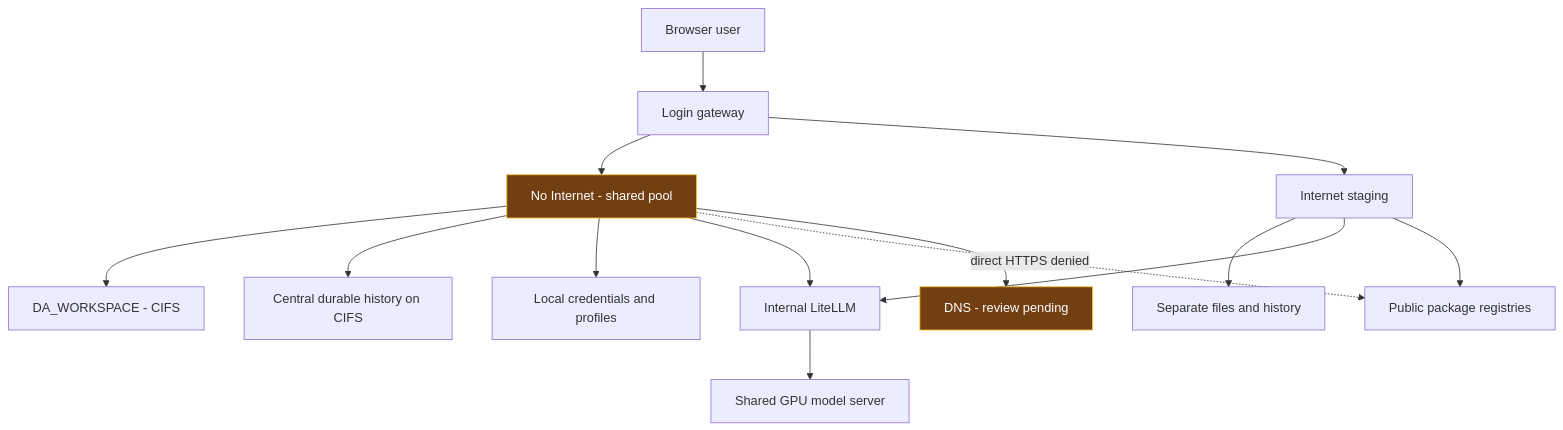
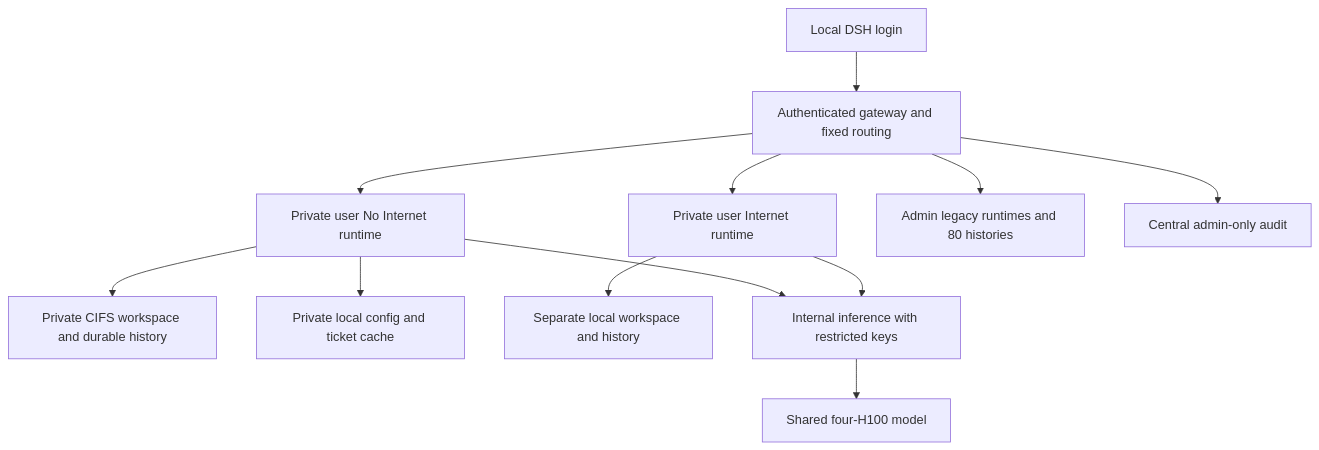
Before and after one commit to skunpoj/dsh_setup: the first of 3 diagrams in docs/DSH_RDT_PILOT_SECURITY_CONTROL_ASSESSMENT.md, drawn with Mermaid. The commit also changed other lines of this file and 41 other files, not shown here.

Commit message:
Deploy private DSH runtimes and datalake-aware network controls

````diff
--- a/docs/DSH_RDT_PILOT_SECURITY_CONTROL_ASSESSMENT.md
+++ b/docs/DSH_RDT_PILOT_SECURITY_CONTROL_ASSESSMENT.md
@@ -43,18 +23,14 @@
 ```mermaid
 flowchart TB
- U[Browser user] --> G[Login gateway]
- G --> S[No Internet - shared pool]
- G --> I[Internet staging]
- S --> SW[DA_WORKSPACE - CIFS]
- S --> SS[Central durable history on CIFS]
- S --> LC[Local credentials and profiles]
- I --> IW[Separate files and history]
- S --> L[Internal LiteLLM]
+ U[Local DSH login] --> G[Authenticated gateway and fixed routing]
+ G --> S[Private user No Internet runtime]
+ G --> I[Private user Internet runtime]
+ G --> A[Admin legacy runtimes and 80 histories]
+ S --> C[Private CIFS workspace and durable history]
+ S --> K[Private local config and ticket cache]
+ I --> W[Separate local workspace and history]
+ G --> AU[Central admin-only audit]
+ S --> L[Internal inference with restricted keys]
  I --> L
- L --> M[Shared GPU model server]
- I --> W[Public package registries]
- S -. direct HTTPS denied .-> W
- S --> D[DNS - review pending]
- classDef gap fill:#713f12,stroke:#fbbf24,color:#fff;
- class S,D gap;
+ L --> GPU[Shared four-H100 model]
 ```
````
